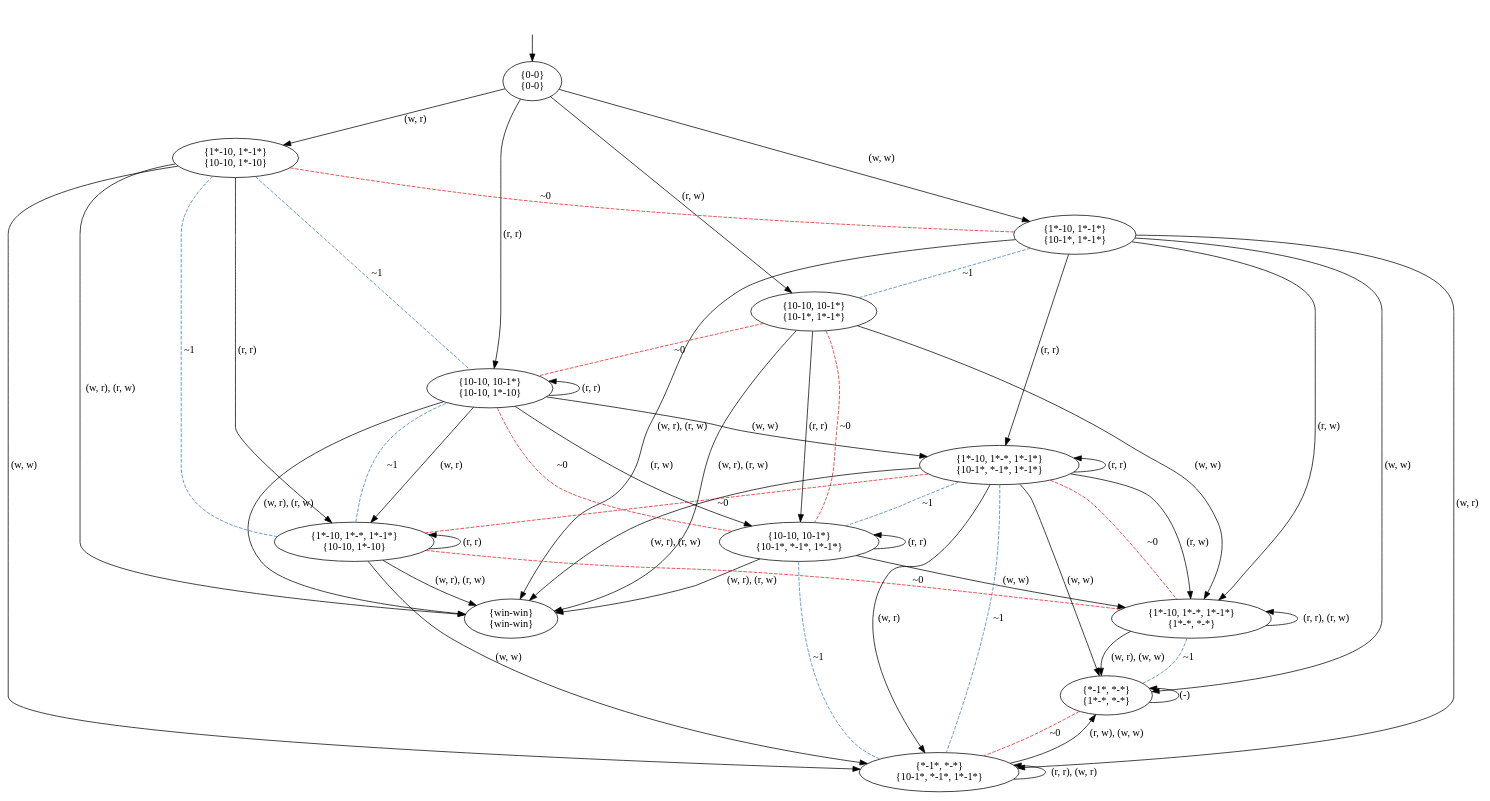
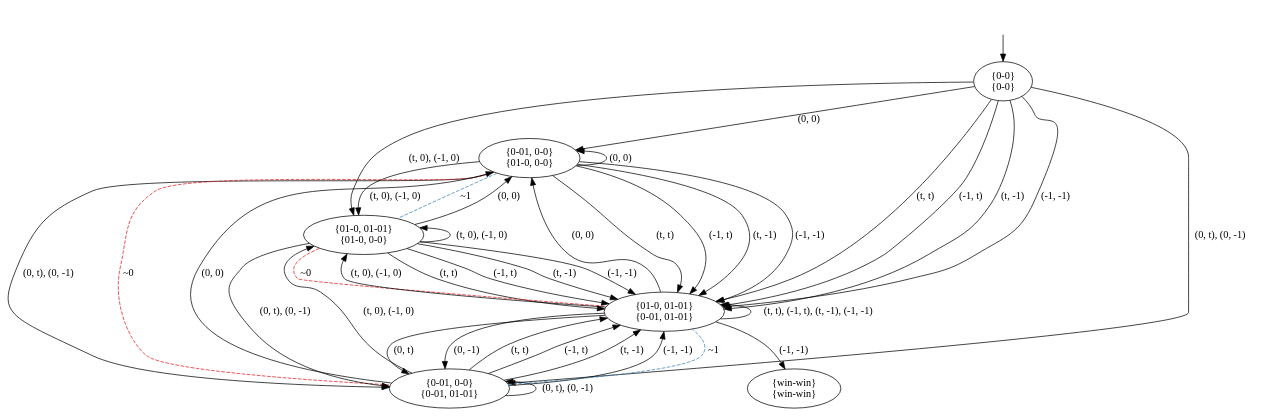
Before and after one commit to olandr/mkbsc: the diagram in pictures/GK2.dot, drawn with Graphviz. The commit also changed 6 other files, not shown here.

```diff
--- a/pictures/GK2.dot
+++ b/pictures/GK2.dot
@@ -1,72 +1,52 @@
 digraph  {
 concentrate=False;
 nodesep=0.5;
 ranksep=0.5;
 splines=True;
-4626917864 [label="{0-0}\n{0-0}"];
-4626917752 [label="{10-10, 10-1*}\n{10-10, 1*-10}"];
-4626917640 [label="{1*-10, 1*-1*}\n{10-10, 1*-10}"];
-4626918648 [label="{10-10, 10-1*}\n{10-1*, 1*-1*}"];
-4626918760 [label="{1*-10, 1*-1*}\n{10-1*, 1*-1*}"];
-4626917920 [label="{1*-10, 1*-*, 1*-1*}\n{10-10, 1*-10}"];
-4626918088 [label="{win-win}\n{win-win}"];
-4626918200 [label="{10-10, 10-1*}\n{10-1*, *-1*, 1*-1*}"];
-4626918424 [label="{1*-10, 1*-*, 1*-1*}\n{10-1*, *-1*, 1*-1*}"];
-4626919264 [label="{*-1*, *-*}\n{10-1*, *-1*, 1*-1*}"];
-4624242728 [label="{1*-10, 1*-*, 1*-1*}\n{1*-*, *-*}"];
-4626699040 [label="{*-1*, *-*}\n{1*-*, *-*}"];
+4586271632 [label="{0-0}\n{0-0}"];
+4586271240 [label="{0-01, 0-0}\n{01-0, 0-0}"];
+4586272472 [label="{01-0, 01-01}\n{01-0, 0-0}"];
+4586271520 [label="{0-01, 0-0}\n{0-01, 01-01}"];
+4586271856 [label="{01-0, 01-01}\n{0-01, 01-01}"];
+4587183016 [label="{win-win}\n{win-win}"];
 hidden [label="", shape=none];
-4626917864 -> 4626917752  [action="('r', 'r')", key="('r', 'r')", label="(r, r)"];
-4626917864 -> 4626917640  [action="('w', 'r')", key="('w', 'r')", label="(w, r)"];
-4626917864 -> 4626918648  [action="('r', 'w')", key="('r', 'w')", label="(r, w)"];
-4626917864 -> 4626918760  [action="('w', 'w')", key="('w', 'w')", label="(w, w)"];
-4626917752 -> 4626917752  [action="('r', 'r')", dir=back, key="('r', 'r')", label="(r, r)"];
-4626917752 -> 4626917920  [action="('w', 'r')", key="('w', 'r')", label="(w, r)"];
-4626917752 -> 4626918200  [action="('r', 'w')", key="('r', 'w')", label="(r, w)"];
-4626917752 -> 4626918424  [action="('w', 'w')", key="('w', 'w')", label="(w, w)"];
-4626917752 -> 4626918088  [action="(('w', 'r'), ('r', 'w'))", key="(('w', 'r'), ('r', 'w'))", label="(w, r), (r, w)"];
-4626917640 -> 4626917920  [action="('r', 'r')", key="('r', 'r')", label="(r, r)"];
-4626917640 -> 4626917920  [arrowhead=none, color=2, colorscheme=set19, constraint=True, key=1, label="~1", style=dashed];
-4626917640 -> 4626919264  [action="('w', 'w')", key="('w', 'w')", label="(w, w)"];
-4626917640 -> 4626918088  [action="(('w', 'r'), ('r', 'w'))", key="(('w', 'r'), ('r', 'w'))", label="(w, r), (r, w)"];
-4626917640 -> 4626918760  [arrowhead=none, color=1, colorscheme=set19, constraint=True, key=0, label="~0", style=dashed];
-4626917640 -> 4626917752  [arrowhead=none, color=2, colorscheme=set19, constraint=True, key=0, label="~1", style=dashed];
-4626918648 -> 4626918200  [action="('r', 'r')", key="('r', 'r')", label="(r, r)"];
-4626918648 -> 4626918200  [arrowhead=none, color=1, colorscheme=set19, constraint=True, key=1, label="~0", style=dashed];
-4626918648 -> 4624242728  [action="('w', 'w')", key="('w', 'w')", label="(w, w)"];
-4626918648 -> 4626918088  [action="(('w', 'r'), ('r', 'w'))", key="(('w', 'r'), ('r', 'w'))", label="(w, r), (r, w)"];
-4626918648 -> 4626917752  [arrowhead=none, color=1, colorscheme=set19, constraint=True, key=0, label="~0", style=dashed];
-4626918760 -> 4626918424  [action="('r', 'r')", key="('r', 'r')", label="(r, r)"];
-4626918760 -> 4626919264  [action="('w', 'r')", key="('w', 'r')", label="(w, r)"];
-4626918760 -> 4624242728  [action="('r', 'w')", key="('r', 'w')", label="(r, w)"];
-4626918760 -> 4626699040  [action="('w', 'w')", key="('w', 'w')", label="(w, w)"];
-4626918760 -> 4626918088  [action="(('w', 'r'), ('r', 'w'))", key="(('w', 'r'), ('r', 'w'))", label="(w, r), (r, w)"];
-4626918760 -> 4626918648  [arrowhead=none, color=2, colorscheme=set19, constraint=True, key=0, label="~1", style=dashed];
-4626917920 -> 4626917920  [action="('r', 'r')", dir=back, key="('r', 'r')", label="(r, r)"];
-4626917920 -> 4626919264  [action="('w', 'w')", key="('w', 'w')", label="(w, w)"];
-4626917920 -> 4626918088  [action="(('w', 'r'), ('r', 'w'))", key="(('w', 'r'), ('r', 'w'))", label="(w, r), (r, w)"];
-4626917920 -> 4624242728  [arrowhead=none, color=1, colorscheme=set19, constraint=True, key=0, label="~0", style=dashed];
-4626917920 -> 4626917752  [arrowhead=none, color=2, colorscheme=set19, constraint=True, key=0, label="~1", style=dashed];
-4626918200 -> 4626918200  [action="('r', 'r')", dir=back, key="('r', 'r')", label="(r, r)"];
-4626918200 -> 4624242728  [action="('w', 'w')", key="('w', 'w')", label="(w, w)"];
-4626918200 -> 4626918088  [action="(('w', 'r'), ('r', 'w'))", key="(('w', 'r'), ('r', 'w'))", label="(w, r), (r, w)"];
-4626918200 -> 4626917752  [arrowhead=none, color=1, colorscheme=set19, constraint=True, key=0, label="~0", style=dashed];
-4626918200 -> 4626919264  [arrowhead=none, color=2, colorscheme=set19, constraint=True, key=0, label="~1", style=dashed];
-4626918424 -> 4626918424  [action="('r', 'r')", dir=back, key="('r', 'r')", label="(r, r)"];
-4626918424 -> 4626919264  [action="('w', 'r')", key="('w', 'r')", label="(w, r)"];
-4626918424 -> 4626919264  [arrowhead=none, color=2, colorscheme=set19, constraint=True, key=1, label="~1", style=dashed];
-4626918424 -> 4624242728  [action="('r', 'w')", key="('r', 'w')", label="(r, w)"];
-4626918424 -> 4624242728  [arrowhead=none, color=1, colorscheme=set19, constraint=True, key=1, label="~0", style=dashed];
-4626918424 -> 4626699040  [action="('w', 'w')", key="('w', 'w')", label="(w, w)"];
-4626918424 -> 4626918088  [action="(('w', 'r'), ('r', 'w'))", key="(('w', 'r'), ('r', 'w'))", label="(w, r), (r, w)"];
-4626918424 -> 4626917920  [arrowhead=none, color=1, colorscheme=set19, constraint=True, key=0, label="~0", style=dashed];
-4626918424 -> 4626918200  [arrowhead=none, color=2, colorscheme=set19, constraint=True, key=0, label="~1", style=dashed];
-4626919264 -> 4626919264  [action="(('r', 'r'), ('w', 'r'))", dir=back, key="(('r', 'r'), ('w', 'r'))", label="(r, r), (w, r)"];
-4626919264 -> 4626699040  [action="(('r', 'w'), ('w', 'w'))", key="(('r', 'w'), ('w', 'w'))", label="(r, w), (w, w)"];
-4624242728 -> 4624242728  [action="(('r', 'r'), ('r', 'w'))", dir=back, key="(('r', 'r'), ('r', 'w'))", label="(r, r), (r, w)"];
-4624242728 -> 4626699040  [action="(('w', 'r'), ('w', 'w'))", key="(('w', 'r'), ('w', 'w'))", label="(w, r), (w, w)"];
-4624242728 -> 4626699040  [arrowhead=none, color=2, colorscheme=set19, constraint=True, key=1, label="~1", style=dashed];
-4626699040 -> 4626699040  [action="(('r', 'r'), ('w', 'r'), ('r', 'w'), ('w', 'w'))", dir=back, key="(('r', 'r'), ('w', 'r'), ('r', 'w'), ('w', 'w'))", label="(-)"];
-4626699040 -> 4626919264  [arrowhead=none, color=1, colorscheme=set19, constraint=True, key=0, label="~0", style=dashed];
-hidden -> 4626917864  [key=0];
+4586271632 -> 4586271240  [action="('0', '0')", key="('0', '0')", label="(0, 0)"];
+4586271632 -> 4586271856  [action="('t', 't')", key="('t', 't')", label="(t, t)"];
+4586271632 -> 4586271856  [action="('-1', 't')", key="('-1', 't')", label="(-1, t)"];
+4586271632 -> 4586271856  [action="('t', '-1')", key="('t', '-1')", label="(t, -1)"];
+4586271632 -> 4586271856  [action="('-1', '-1')", key="('-1', '-1')", label="(-1, -1)"];
+4586271632 -> 4586272472  [action="(('t', '0'), ('-1', '0'))", key="(('t', '0'), ('-1', '0'))", label="(t, 0), (-1, 0)"];
+4586271632 -> 4586271520  [action="(('0', 't'), ('0', '-1'))", key="(('0', 't'), ('0', '-1'))", label="(0, t), (0, -1)"];
+4586271240 -> 4586271240  [action="('0', '0')", dir=back, key="('0', '0')", label="(0, 0)"];
+4586271240 -> 4586271856  [action="('t', 't')", key="('t', 't')", label="(t, t)"];
+4586271240 -> 4586271856  [action="('-1', 't')", key="('-1', 't')", label="(-1, t)"];
+4586271240 -> 4586271856  [action="('t', '-1')", key="('t', '-1')", label="(t, -1)"];
+4586271240 -> 4586271856  [action="('-1', '-1')", key="('-1', '-1')", label="(-1, -1)"];
+4586271240 -> 4586272472  [action="(('t', '0'), ('-1', '0'))", key="(('t', '0'), ('-1', '0'))", label="(t, 0), (-1, 0)"];
+4586271240 -> 4586272472  [arrowhead=none, color=2, colorscheme=set19, constraint=True, key=1, label="~1", style=dashed];
+4586271240 -> 4586271520  [action="(('0', 't'), ('0', '-1'))", key="(('0', 't'), ('0', '-1'))", label="(0, t), (0, -1)"];
+4586271240 -> 4586271520  [arrowhead=none, color=1, colorscheme=set19, constraint=True, key=1, label="~0", style=dashed];
+4586272472 -> 4586271240  [action="('0', '0')", key="('0', '0')", label="(0, 0)"];
+4586272472 -> 4586271856  [action="('t', 't')", key="('t', 't')", label="(t, t)"];
+4586272472 -> 4586271856  [action="('-1', 't')", key="('-1', 't')", label="(-1, t)"];
+4586272472 -> 4586271856  [action="('t', '-1')", key="('t', '-1')", label="(t, -1)"];
+4586272472 -> 4586271856  [action="('-1', '-1')", key="('-1', '-1')", label="(-1, -1)"];
+4586272472 -> 4586271856  [arrowhead=none, color=1, colorscheme=set19, constraint=True, key=4, label="~0", style=dashed];
+4586272472 -> 4586272472  [action="(('t', '0'), ('-1', '0'))", dir=back, key="(('t', '0'), ('-1', '0'))", label="(t, 0), (-1, 0)"];
+4586272472 -> 4586271520  [action="(('0', 't'), ('0', '-1'))", key="(('0', 't'), ('0', '-1'))", label="(0, t), (0, -1)"];
+4586271520 -> 4586271240  [action="('0', '0')", key="('0', '0')", label="(0, 0)"];
+4586271520 -> 4586271856  [action="('t', 't')", key="('t', 't')", label="(t, t)"];
+4586271520 -> 4586271856  [action="('-1', 't')", key="('-1', 't')", label="(-1, t)"];
+4586271520 -> 4586271856  [action="('t', '-1')", key="('t', '-1')", label="(t, -1)"];
+4586271520 -> 4586271856  [action="('-1', '-1')", key="('-1', '-1')", label="(-1, -1)"];
+4586271520 -> 4586271856  [arrowhead=none, color=2, colorscheme=set19, constraint=True, key=4, label="~1", style=dashed];
+4586271520 -> 4586272472  [action="(('t', '0'), ('-1', '0'))", key="(('t', '0'), ('-1', '0'))", label="(t, 0), (-1, 0)"];
+4586271520 -> 4586271520  [action="(('0', 't'), ('0', '-1'))", dir=back, key="(('0', 't'), ('0', '-1'))", label="(0, t), (0, -1)"];
+4586271856 -> 4586271240  [action="('0', '0')", key="('0', '0')", label="(0, 0)"];
+4586271856 -> 4586271520  [action="('0', 't')", key="('0', 't')", label="(0, t)"];
+4586271856 -> 4586271520  [action="('0', '-1')", key="('0', '-1')", label="(0, -1)"];
+4586271856 -> 4587183016  [action="('-1', '-1')", key="('-1', '-1')", label="(-1, -1)"];
+4586271856 -> 4586272472  [action="(('t', '0'), ('-1', '0'))", key="(('t', '0'), ('-1', '0'))", label="(t, 0), (-1, 0)"];
+4586271856 -> 4586271856  [action="(('t', 't'), ('-1', 't'), ('t', '-1'), ('-1', '-1'))", dir=back, key="(('t', 't'), ('-1', 't'), ('t', '-1'), ('-1', '-1'))", label="(t, t), (-1, t), (t, -1), (-1, -1)"];
+hidden -> 4586271632  [key=0];
 }
```
